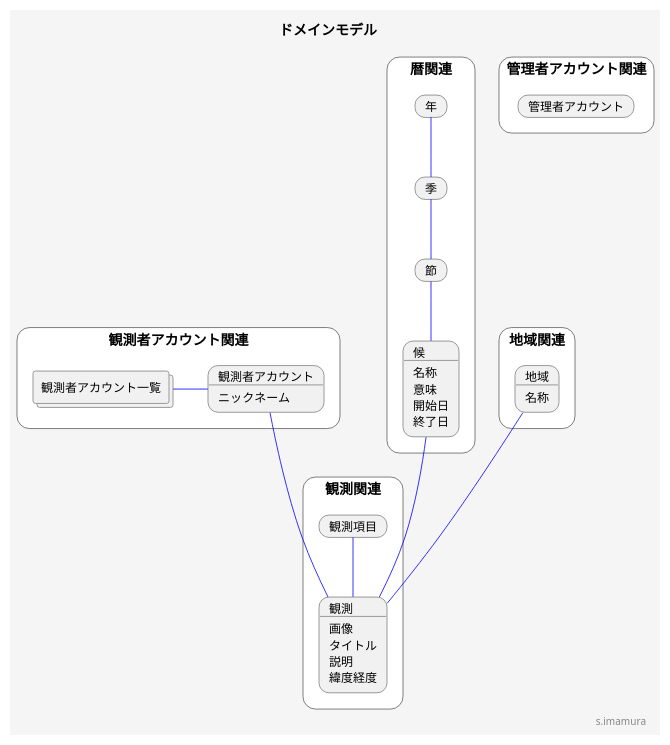
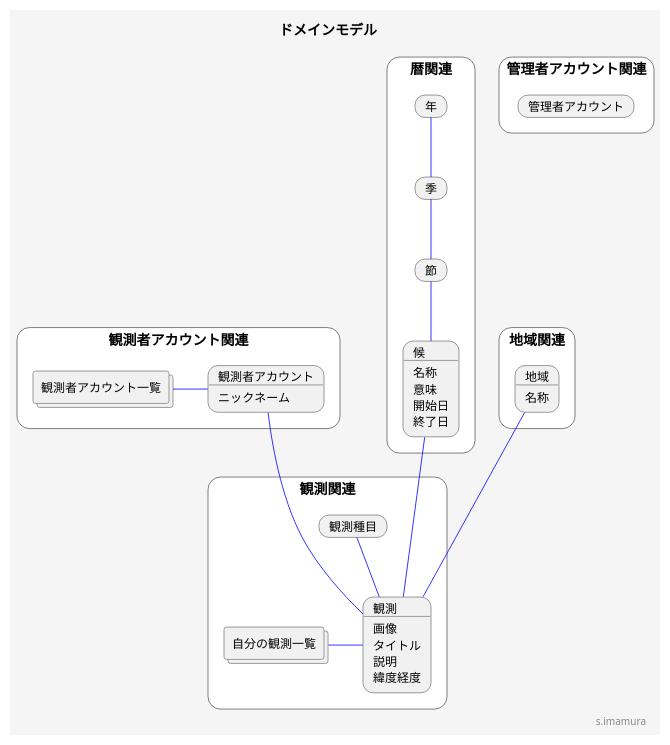
The diagram in docs/04_システム/ドメインモデル.md (ShoheiImamura/saijiki-docs), drawn with PlantUML before and after one commit. The commit also changed 2 other files, not shown here.

Commit message:
サイトマップ追加

```diff
--- a/docs/04_システム/ドメインモデル.md
+++ b/docs/04_システム/ドメインモデル.md
@@ -118,10 +118,16 @@
         説明
         緯度経度
     ]
-    card 観測項目
+    collections 観測一覧 [
+        自分の観測一覧
+    ]
+    card 観測種目
+
+    ' コレクション
+    観測一覧 - 観測
 
     ' 内部関連
-    観測項目 -- 観測
+    観測種目 -- 観測
 
     ' 外部関連
     候 --- 観測
```
